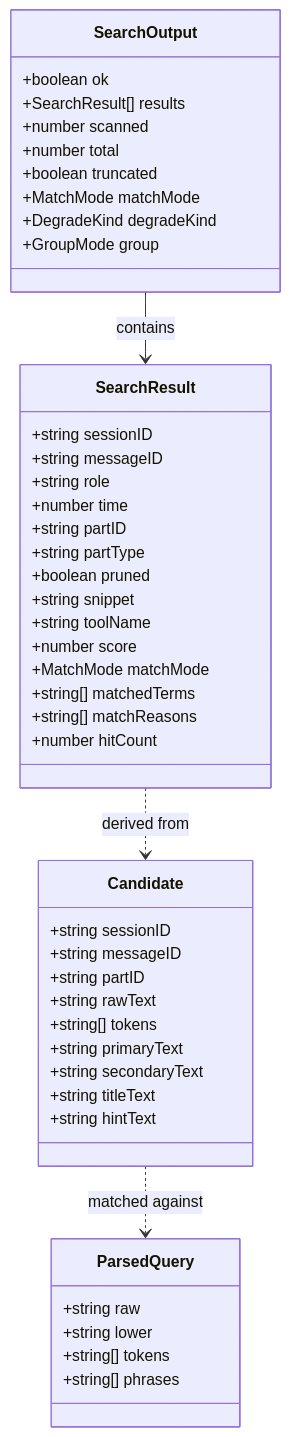
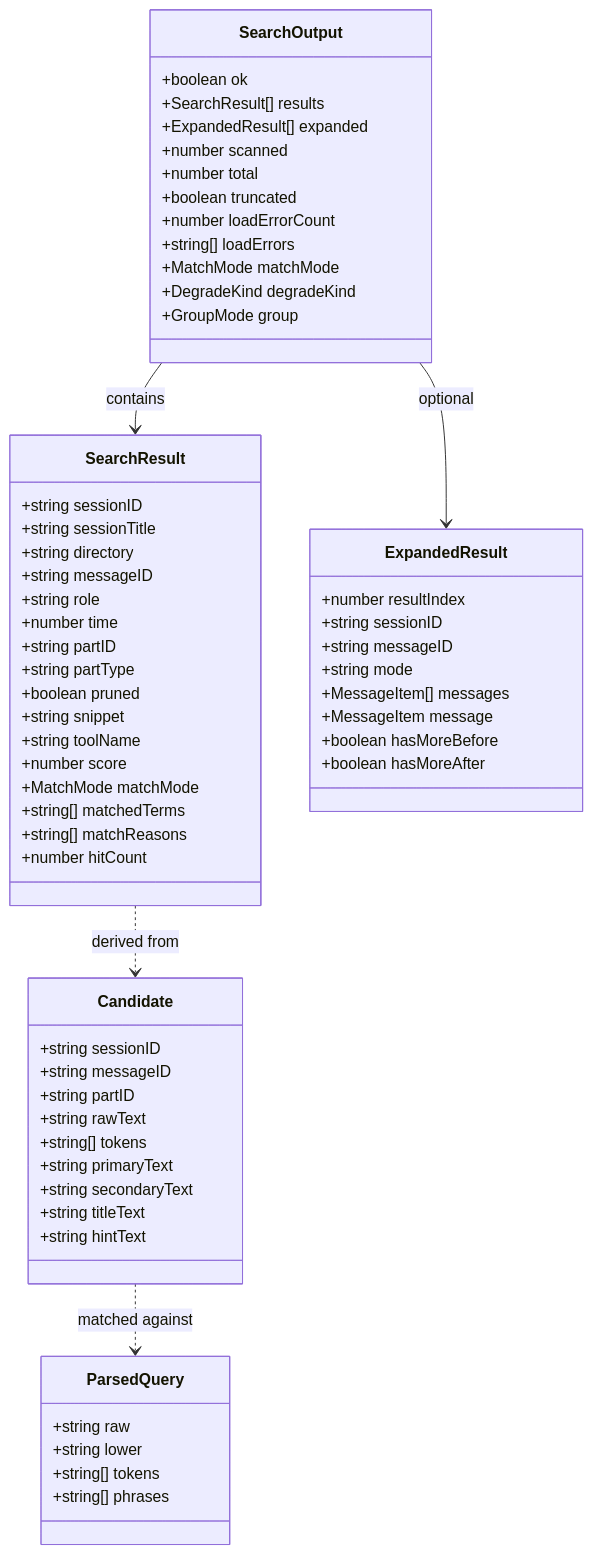
The fifth of 5 diagrams in CONTRIBUTING.md (rmk40/opencode-session-recall), drawn with Mermaid before and after one commit. The commit also changed other lines of this file and 9 other files, not shown here.

````diff
--- a/CONTRIBUTING.md
+++ b/CONTRIBUTING.md
@@ -288,53 +290,70 @@
 ```mermaid
 classDiagram
     class SearchResult {
         +string sessionID
+        +string sessionTitle
+        +string directory
         +string messageID
         +string role
         +number time
         +string partID
         +string partType
         +boolean pruned
         +string snippet
         +string toolName
         +number score
         +MatchMode matchMode
         +string[] matchedTerms
         +string[] matchReasons
         +number hitCount
     }
 
     class SearchOutput {
         +boolean ok
         +SearchResult[] results
+        +ExpandedResult[] expanded
         +number scanned
         +number total
         +boolean truncated
+        +number loadErrorCount
+        +string[] loadErrors
         +MatchMode matchMode
         +DegradeKind degradeKind
         +GroupMode group
+    }
+
+    class ExpandedResult {
+        +number resultIndex
+        +string sessionID
+        +string messageID
+        +string mode
+        +MessageItem[] messages
+        +MessageItem message
+        +boolean hasMoreBefore
+        +boolean hasMoreAfter
     }
 
     class Candidate {
         +string sessionID
         +string messageID
         +string partID
         +string rawText
         +string[] tokens
         +string primaryText
         +string secondaryText
         +string titleText
         +string hintText
     }
 
     class ParsedQuery {
         +string raw
         +string lower
         +string[] tokens
         +string[] phrases
     }
 
     SearchOutput --> SearchResult : contains
+    SearchOutput --> ExpandedResult : optional
     SearchResult ..> Candidate : derived from
     Candidate ..> ParsedQuery : matched against
 ```
````
